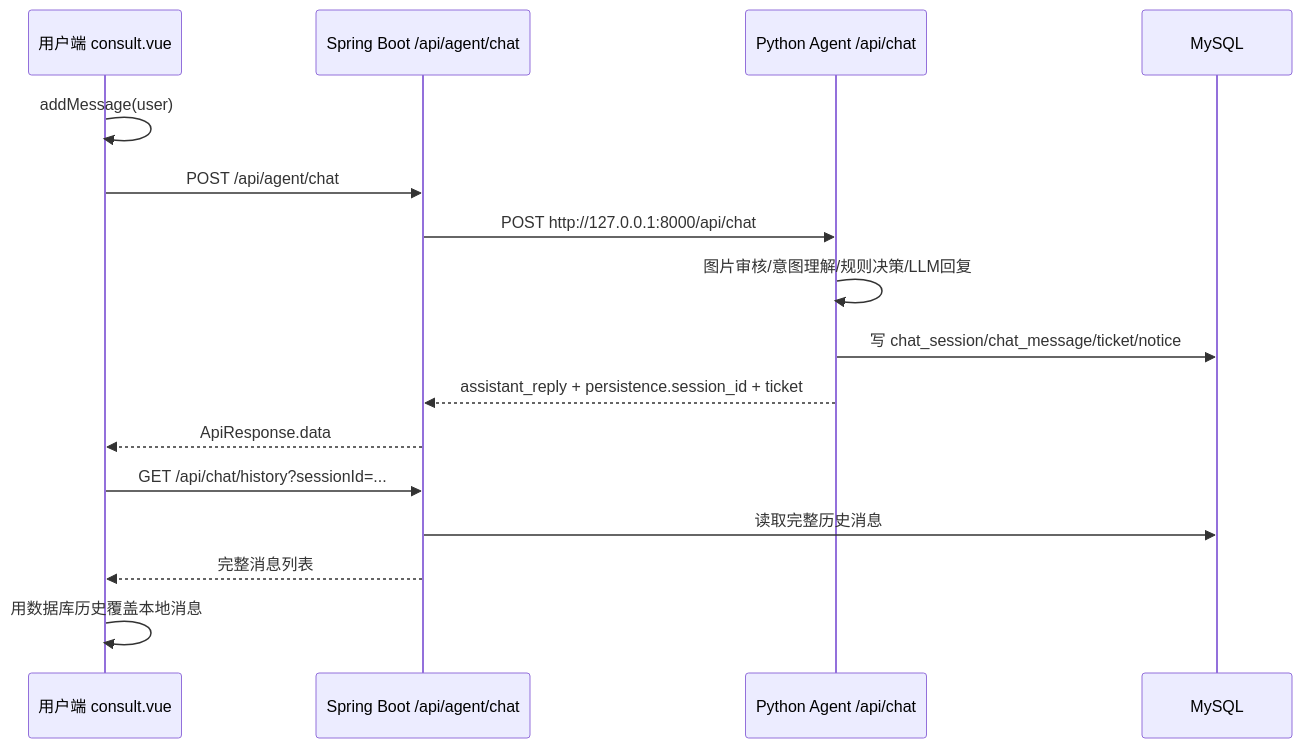
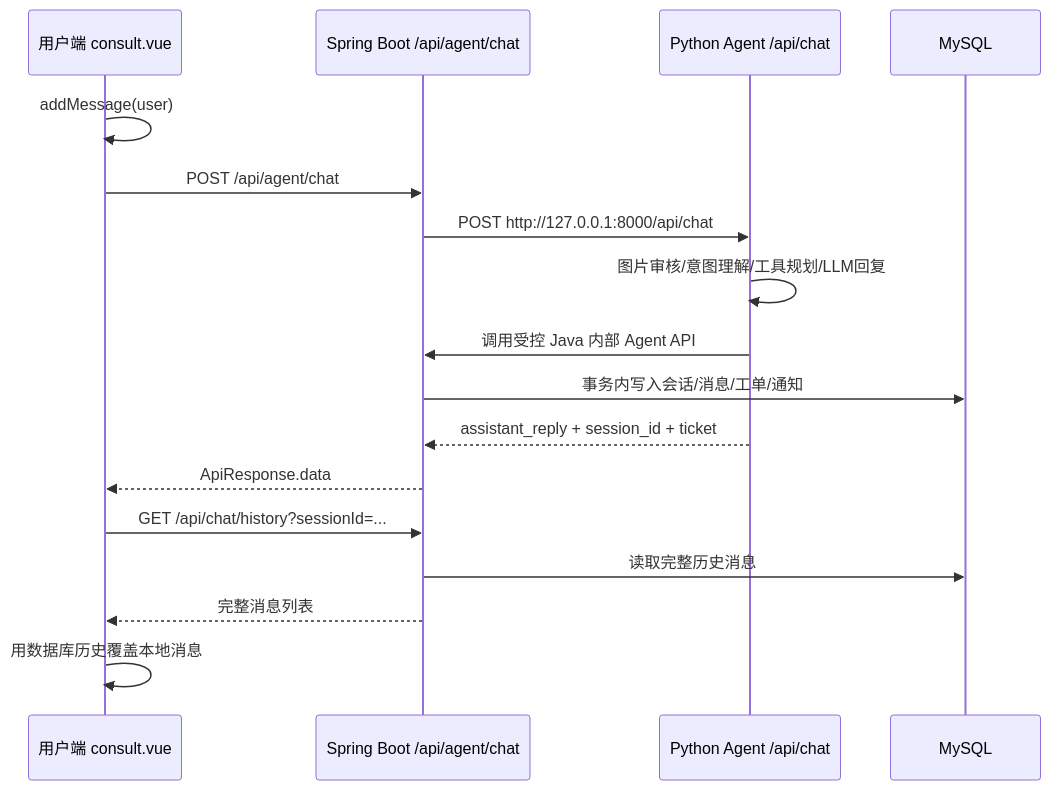
One commit to zuiaiyenai/ecommerce-after-sales-system changed the second of 4 diagrams in docs/midterm-4-5-6-system-flow.md. Above: the diagram before and after it, drawn with Mermaid. The commit also changed other lines of this file and 426 other files, not shown here.

````diff
--- a/docs/midterm-4-5-6-system-flow.md
+++ b/docs/midterm-4-5-6-system-flow.md
@@ -196,19 +196,20 @@
 ```mermaid
 sequenceDiagram
   participant U as 用户端 consult.vue
   participant S as Spring Boot /api/agent/chat
   participant P as Python Agent /api/chat
   participant DB as MySQL
 
   U->>U: addMessage(user)
   U->>S: POST /api/agent/chat
   S->>P: POST http://127.0.0.1:8000/api/chat
-  P->>P: 图片审核/意图理解/规则决策/LLM回复
-  P->>DB: 写 chat_session/chat_message/ticket/notice
-  P-->>S: assistant_reply + persistence.session_id + ticket
+  P->>P: 图片审核/意图理解/工具规划/LLM回复
+  P->>S: 调用受控 Java 内部 Agent API
+  S->>DB: 事务内写入会话/消息/工单/通知
+  P-->>S: assistant_reply + session_id + ticket
   S-->>U: ApiResponse.data
   U->>S: GET /api/chat/history?sessionId=...
   S->>DB: 读取完整历史消息
   S-->>U: 完整消息列表
   U->>U: 用数据库历史覆盖本地消息
 ```
````
